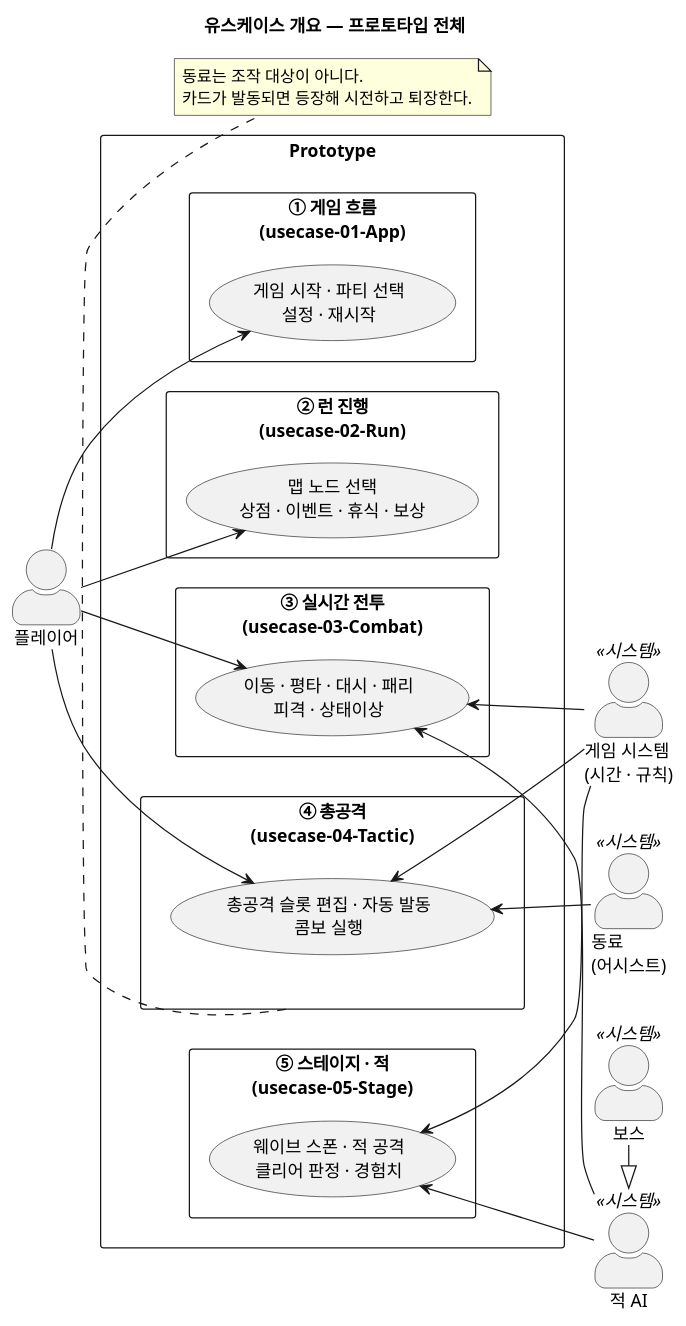
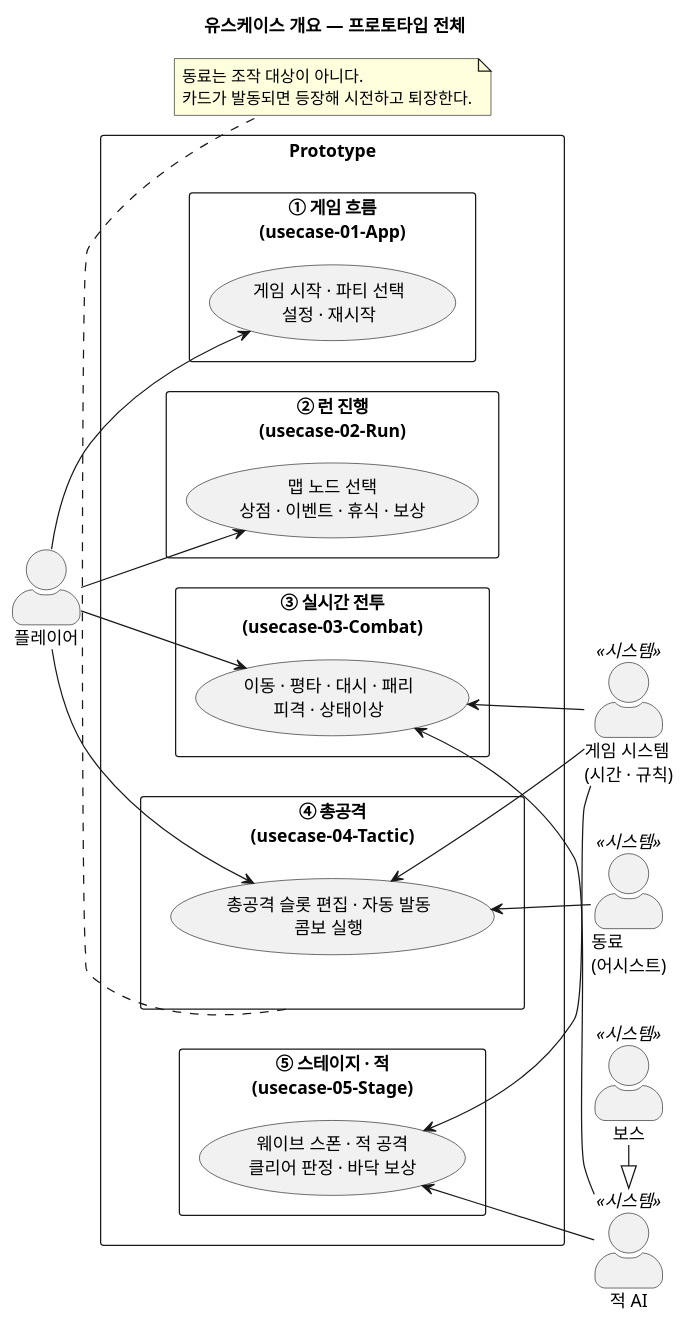
Before and after one commit to jukanmi/Prototype: the diagram in docs/uml/usecase-00-Overview.puml, drawn with PlantUML. The commit also changed 114 other files, not shown here.

```diff
--- a/docs/uml/usecase-00-Overview.puml
+++ b/docs/uml/usecase-00-Overview.puml
@@ -1,52 +1,52 @@
 @startuml usecase-00-Overview
 ' 유스케이스 개요 — 액터와 하위 시스템(패키지)만. 상세는 usecase-01 ~ 05.
 title 유스케이스 개요 — 프로토타입 전체
 
 left to right direction
 skinparam shadowing false
 skinparam packageStyle rectangle
 skinparam actorStyle awesome
 
 actor "플레이어" as Player
 actor "적 AI" as EnemyAI <<시스템>>
 actor "보스" as Boss <<시스템>>
 actor "동료\n(어시스트)" as Ally <<시스템>>
 actor "게임 시스템\n(시간 · 규칙)" as GameSys <<시스템>>
 
 Boss -|> EnemyAI
 
 rectangle "Prototype" {
   package "① 게임 흐름\n(usecase-01-App)" as App {
     usecase "게임 시작 · 파티 선택\n설정 · 재시작" as UC_App
   }
   package "② 런 진행\n(usecase-02-Run)" as Run {
     usecase "맵 노드 선택\n상점 · 이벤트 · 휴식 · 보상" as UC_Run
   }
   package "③ 실시간 전투\n(usecase-03-Combat)" as Combat {
     usecase "이동 · 평타 · 대시 · 패리\n피격 · 상태이상" as UC_Combat
   }
   package "④ 총공격\n(usecase-04-Tactic)" as Tactic {
     usecase "총공격 슬롯 편집 · 자동 발동\n콤보 실행" as UC_Tactic
   }
   package "⑤ 스테이지 · 적\n(usecase-05-Stage)" as Stage {
-    usecase "웨이브 스폰 · 적 공격\n클리어 판정 · 경험치" as UC_Stage
+    usecase "웨이브 스폰 · 적 공격\n클리어 판정 · 바닥 보상" as UC_Stage
   }
 }
 
 Player --> UC_App
 Player --> UC_Run
 Player --> UC_Combat
 Player --> UC_Tactic
 
 UC_Combat <-- EnemyAI
 UC_Stage <-- EnemyAI
 UC_Tactic <-- Ally
 UC_Combat <-- GameSys
 UC_Tactic <-- GameSys
 UC_Stage <-- GameSys
 
 note bottom of Tactic
   동료는 조작 대상이 아니다.
   카드가 발동되면 등장해 시전하고 퇴장한다.
 end note
 @enduml
```
